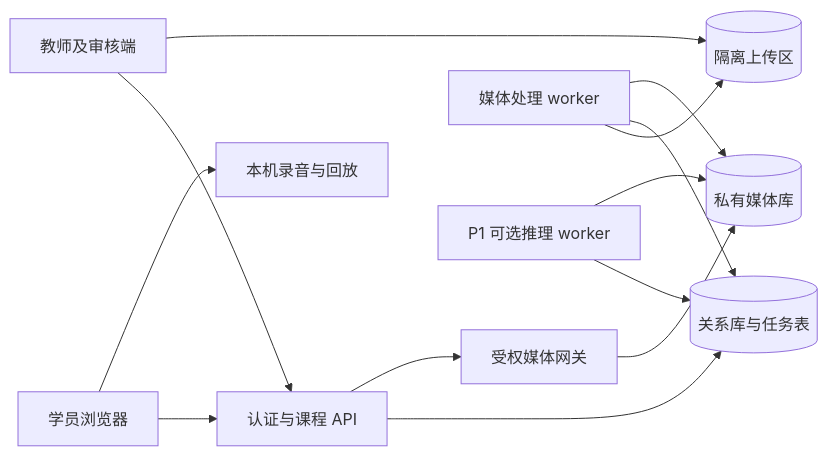
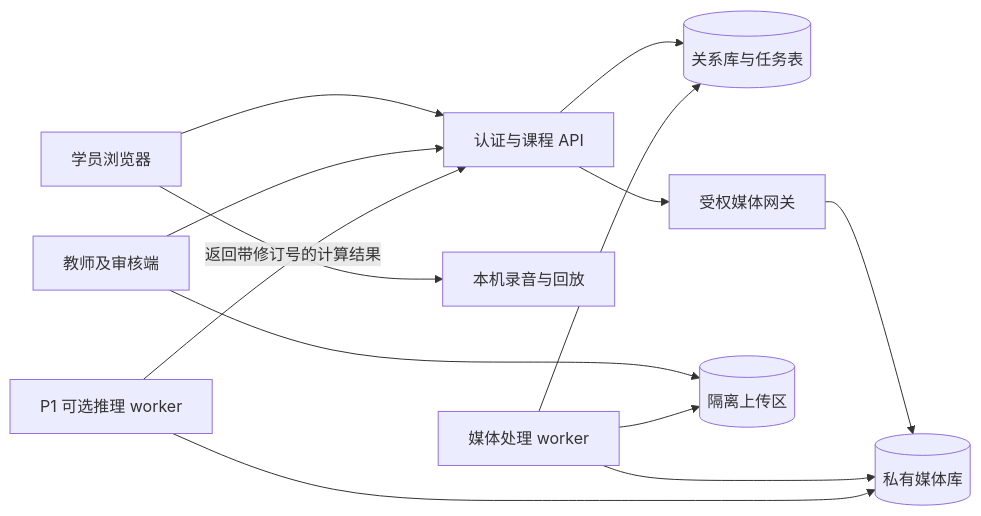
The diagram in docs/02-设计与架构深化/架构与接口.md (David-Chen31/xiyun-ai-study-companion), drawn with Mermaid before and after one commit. The commit also changed other lines of this file and 9 other files, not shown here.

````diff
--- a/docs/02-设计与架构深化/架构与接口.md
+++ b/docs/02-设计与架构深化/架构与接口.md
@@ -7,15 +7,15 @@
 ```mermaid
 flowchart LR
  U[学员浏览器] --> A[认证与课程 API]
  U --> L[本机录音与回放]
  T[教师及审核端] --> A
  A --> D[(关系库与任务表)]
  A --> M[受权媒体网关]
  M --> S[(私有媒体库)]
  T --> Q[(隔离上传区)]
  W[媒体处理 worker] --> Q
  W --> D
  W --> S
- I[P1 可选推理 worker] --> D
+ I[P1 可选推理 worker] -->|返回带修订号的计算结果| A
  I --> S
 ```
````
